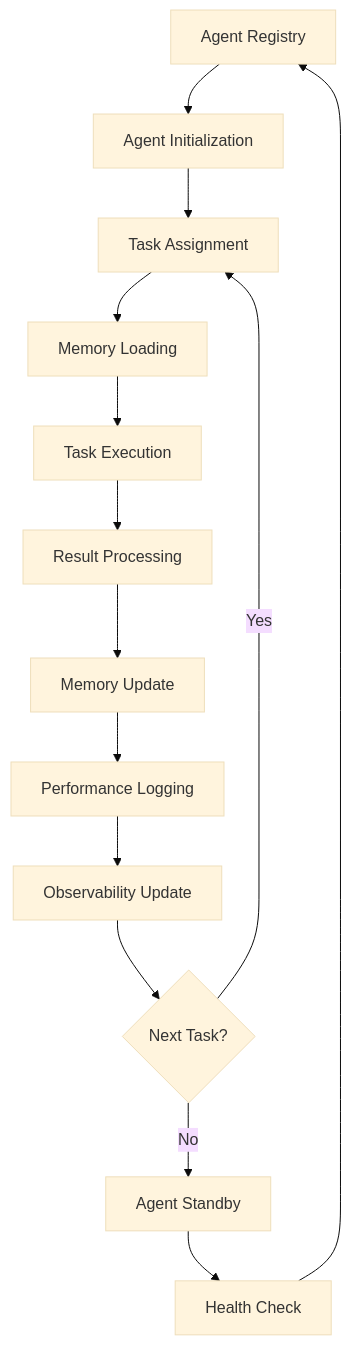
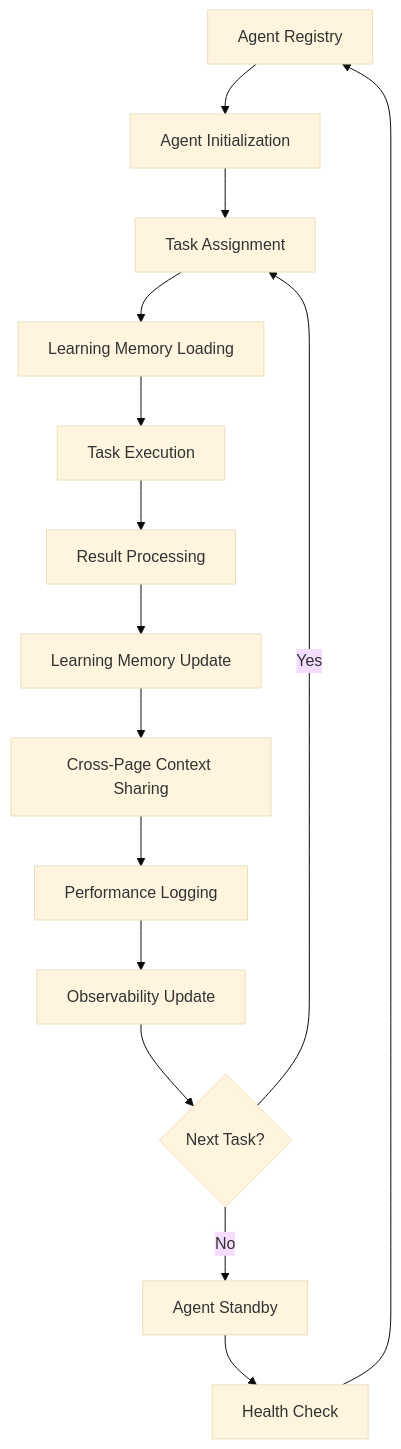
The diagram in docs/CREWAI.md (amitcjmu/Stock-Analysis), drawn with Mermaid (base theme) before and after one commit. The commit also changed other lines of this file and 10 other files, not shown here.

````diff
--- a/docs/CREWAI.md
+++ b/docs/CREWAI.md
@@ -74,16 +76,17 @@
 ```mermaid
 graph TB
     A[Agent Registry] --> B[Agent Initialization]
     B --> C[Task Assignment]
-    C --> D[Memory Loading]
+    C --> D[Learning Memory Loading]
     D --> E[Task Execution]
     E --> F[Result Processing]
-    F --> G[Memory Update]
-    G --> H[Performance Logging]
-    H --> I[Observability Update]
-    I --> J{Next Task?}
-    J -->|Yes| C
-    J -->|No| K[Agent Standby]
-    K --> L[Health Check]
-    L --> A
+    F --> G[Learning Memory Update]
+    G --> H[Cross-Page Context Sharing]
+    H --> I[Performance Logging]
+    I --> J[Observability Update]
+    J --> K{Next Task?}
+    K -->|Yes| C
+    K -->|No| L[Agent Standby]
+    L --> M[Health Check]
+    M --> A
 ```
````
